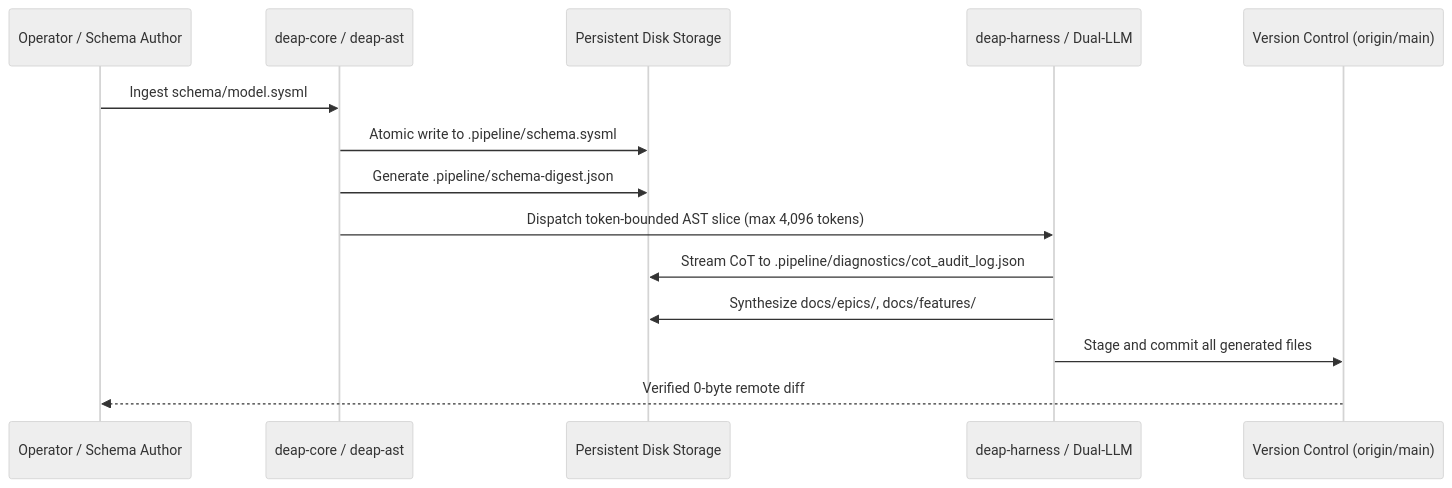
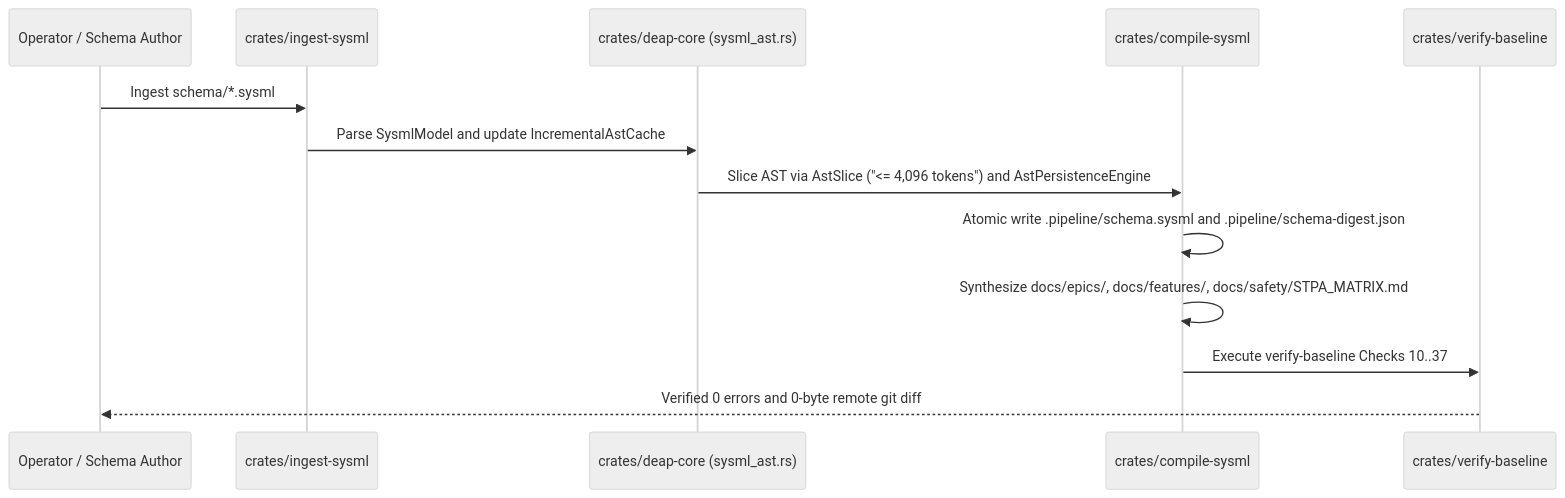
One commit to gintatkinson/DEAP01-spec-core changed the second of 2 diagrams in docs/architecture/blueprints/PERSISTENCE_ARCHITECTURE.md. Above: the diagram before and after it, drawn with Mermaid (neutral theme). The commit also changed other lines of this file and 28 other files, not shown here.

Commit message:
feat(verify-baseline,deap-core,compile-sysml): implement Option C blueprint capabilities and Check 37 blueprint grounding gate

````diff
--- a/docs/architecture/blueprints/PERSISTENCE_ARCHITECTURE.md
+++ b/docs/architecture/blueprints/PERSISTENCE_ARCHITECTURE.md
@@ -233,17 +319,16 @@
 ```mermaid
 sequenceDiagram
     participant User as Operator / Schema Author
-    participant Compiler as deap-core / deap-ast
-    participant Storage as Persistent Disk Storage
-    participant Agent as deap-harness / Dual-LLM
-    participant Git as Version Control (origin/main)
+    participant Ingest as crates/ingest-sysml
+    participant Core as crates/deap-core (sysml_ast.rs)
+    participant Compile as crates/compile-sysml
+    participant Verify as crates/verify-baseline
 
-    User->>Compiler: Ingest schema/model.sysml
-    Compiler->>Storage: Atomic write to .pipeline/schema.sysml
-    Compiler->>Storage: Generate .pipeline/schema-digest.json
-    Compiler->>Agent: Dispatch token-bounded AST slice (max 4,096 tokens)
-    Agent->>Storage: Stream CoT to .pipeline/diagnostics/cot_audit_log.json
-    Agent->>Storage: Synthesize docs/epics/, docs/features/
-    Agent->>Git: Stage and commit all generated files
-    Git-->>User: Verified 0-byte remote diff
+    User->>Ingest: Ingest schema/*.sysml
+    Ingest->>Core: Parse SysmlModel and update IncrementalAstCache
+    Core->>Compile: Slice AST via AstSlice ("<= 4,096 tokens") and AstPersistenceEngine
+    Compile->>Compile: Atomic write .pipeline/schema.sysml and .pipeline/schema-digest.json
+    Compile->>Compile: Synthesize docs/epics/, docs/features/, docs/safety/STPA_MATRIX.md
+    Compile->>Verify: Execute verify-baseline Checks 10..37
+    Verify-->>User: Verified 0 errors and 0-byte remote git diff
 ```
````
